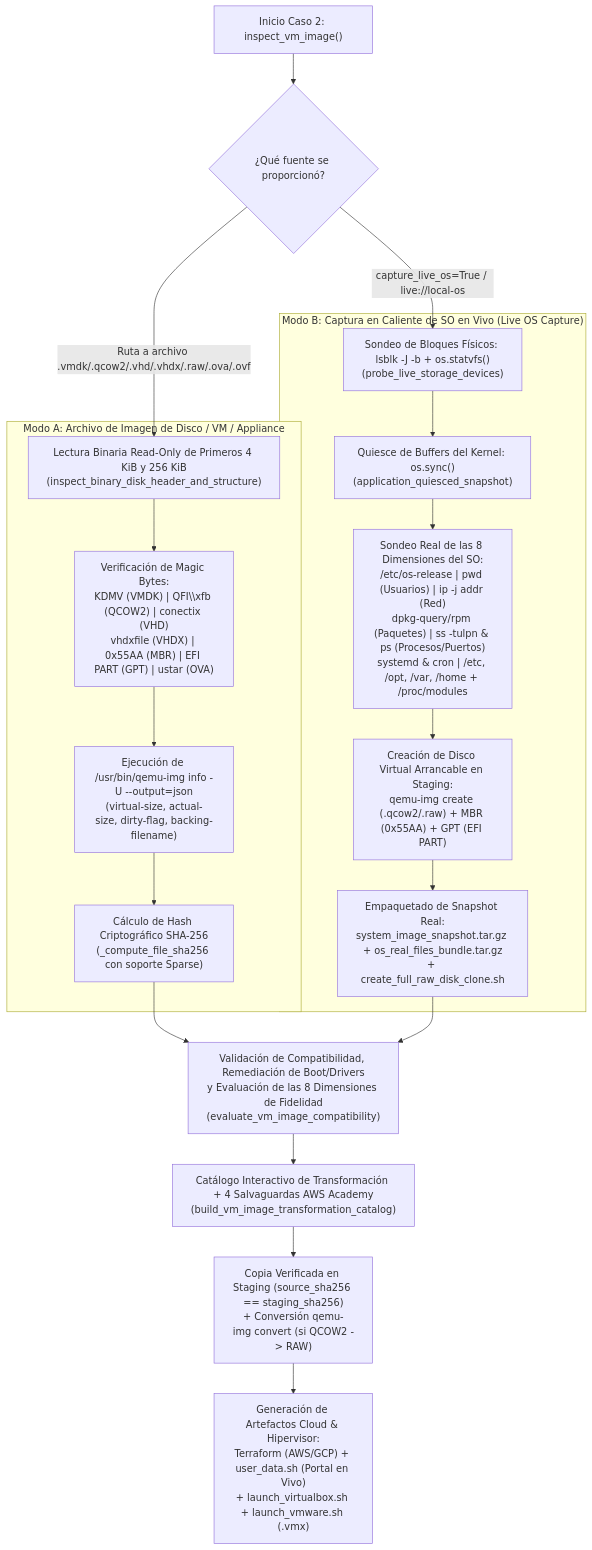
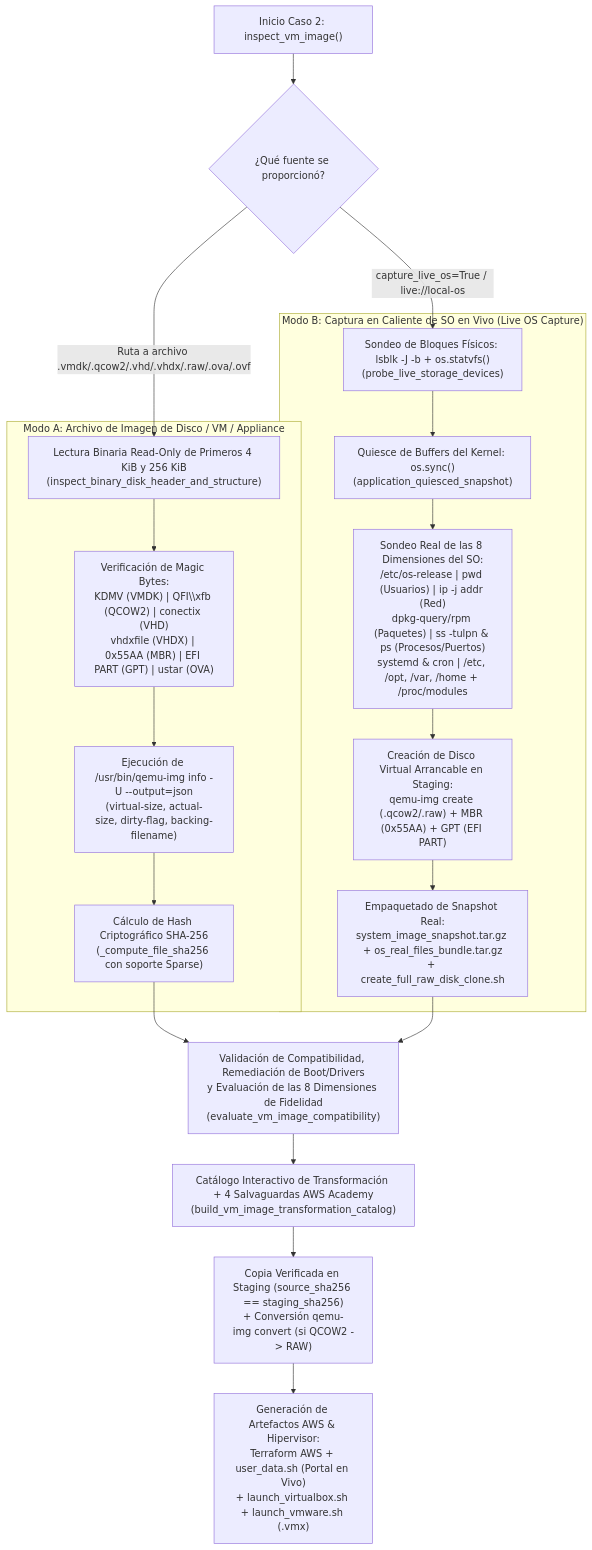
One commit to slopma/CapstoneProject_TI changed the fourth of 4 diagrams in README.md. Above: the diagram before and after it, drawn with Mermaid. The commit also changed other lines of this file and 58 other files, not shown here.

Commit message:
refactor: harden multi-user AWS security, modularize backend layers, and clean .gitignore

````diff
--- a/README.md
+++ b/README.md
@@ -494,31 +488,31 @@
 ```mermaid
 flowchart TD
     START["Inicio Caso 2: inspect_vm_image()"] --> MODE{"¿Qué fuente se proporcionó?"}
 
     subgraph MODE_A["Modo A: Archivo de Imagen de Disco / VM / Appliance"]
         A1["Lectura Binaria Read-Only de Primeros 4 KiB y 256 KiB<br/>(inspect_binary_disk_header_and_structure)"]
         A2["Verificación de Magic Bytes:<br/>KDMV (VMDK) | QFI\\xfb (QCOW2) | conectix (VHD)<br/>vhdxfile (VHDX) | 0x55AA (MBR) | EFI PART (GPT) | ustar (OVA)"]
         A3["Ejecución de /usr/bin/qemu-img info -U --output=json<br/>(virtual-size, actual-size, dirty-flag, backing-filename)"]
         A4["Cálculo de Hash Criptográfico SHA-256<br/>(_compute_file_sha256 con soporte Sparse)"]
         A1 --> A2 --> A3 --> A4
     end
 
     subgraph MODE_B["Modo B: Captura en Caliente de SO en Vivo (Live OS Capture)"]
         B1["Sondeo de Bloques Físicos: lsblk -J -b + os.statvfs()<br/>(probe_live_storage_devices)"]
         B2["Quiesce de Buffers del Kernel: os.sync()<br/>(application_quiesced_snapshot)"]
         B3["Sondeo Real de las 8 Dimensiones del SO:<br/>/etc/os-release | pwd (Usuarios) | ip -j addr (Red)<br/>dpkg-query/rpm (Paquetes) | ss -tulpn & ps (Procesos/Puertos)<br/>systemd & cron | /etc, /opt, /var, /home + /proc/modules"]
         B4["Creación de Disco Virtual Arrancable en Staging:<br/>qemu-img create (.qcow2/.raw) + MBR (0x55AA) + GPT (EFI PART)"]
         B5["Empaquetado de Snapshot Real:<br/>system_image_snapshot.tar.gz + os_real_files_bundle.tar.gz<br/>+ create_full_raw_disk_clone.sh"]
         B1 --> B2 --> B3 --> B4 --> B5
     end
 
     MODE -->|"Ruta a archivo .vmdk/.qcow2/.vhd/.vhdx/.raw/.ova/.ovf"| A1
     MODE -->|"capture_live_os=True / live://local-os"| B1
 
     A4 --> VAL["Validación de Compatibilidad, Remediación de Boot/Drivers<br/>y Evaluación de las 8 Dimensiones de Fidelidad<br/>(evaluate_vm_image_compatibility)"]
     B5 --> VAL
 
     VAL --> CAT["Catálogo Interactivo de Transformación + 4 Salvaguardas AWS Academy<br/>(build_vm_image_transformation_catalog)"]
     CAT --> STG["Copia Verificada en Staging (source_sha256 == staging_sha256)<br/>+ Conversión qemu-img convert (si QCOW2 -> RAW)"]
-    STG --> ART["Generación de Artefactos Cloud & Hipervisor:<br/>Terraform (AWS/GCP) + user_data.sh (Portal en Vivo)<br/>+ launch_virtualbox.sh + launch_vmware.sh (.vmx)"]
+    STG --> ART["Generación de Artefactos AWS & Hipervisor:<br/>Terraform AWS + user_data.sh (Portal en Vivo)<br/>+ launch_virtualbox.sh + launch_vmware.sh (.vmx)"]
 ```
````
